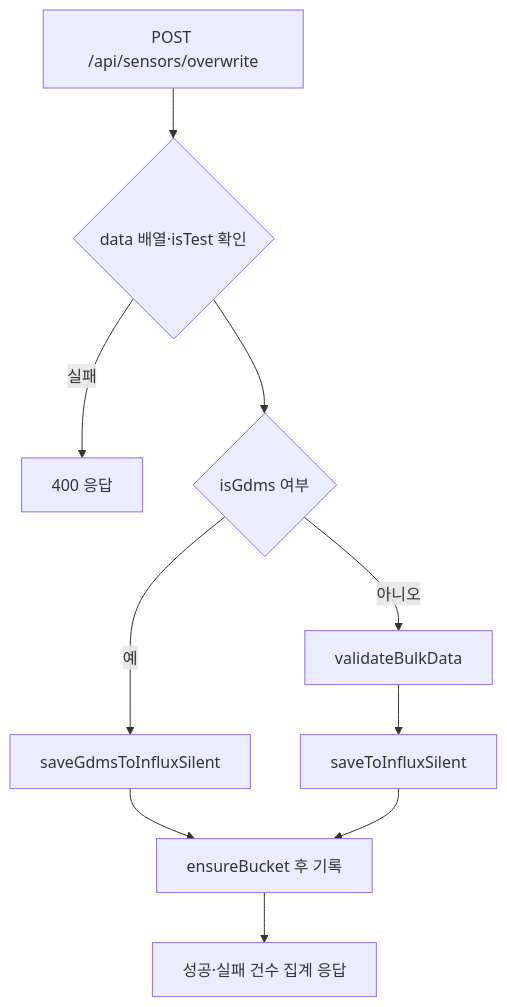
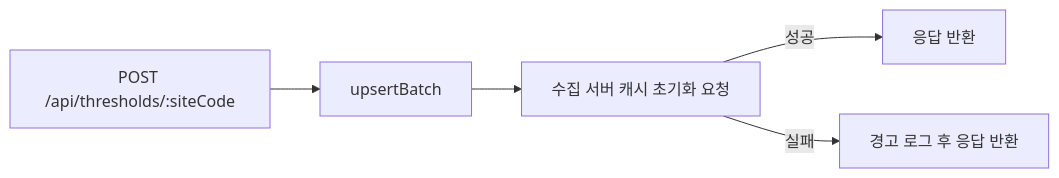
One commit to inbm-company/geoverse-- changed the fourth of 5 diagrams in server/undefined-1.md. Above: the diagram before and after it, drawn with Mermaid. The commit also changed other lines of this file and 4 other files, not shown here.

````diff
--- a/server/undefined-1.md
+++ b/server/undefined-1.md
@@ -126,11 +312,7 @@
 ```mermaid
-flowchart TD
-    A["POST /api/sensors/overwrite"] --> B{"data 배열·isTest 확인"}
-    B -->|실패| E["400 응답"]
-    B --> C{"isGdms 여부"}
-    C -->|예| D["saveGdmsToInfluxSilent"]
-    C -->|아니오| F["validateBulkData"] --> G["saveToInfluxSilent"]
-    D --> H["ensureBucket 후 기록"]
-    G --> H
-    H --> I["성공·실패 건수 집계 응답"]
+flowchart LR
+    A["POST /api/thresholds/:siteCode"] --> B["upsertBatch"]
+    B --> C["수집 서버 캐시 초기화 요청"]
+    C -->|성공| D["응답 반환"]
+    C -->|실패| E["경고 로그 후 응답 반환"]
 ```
````
